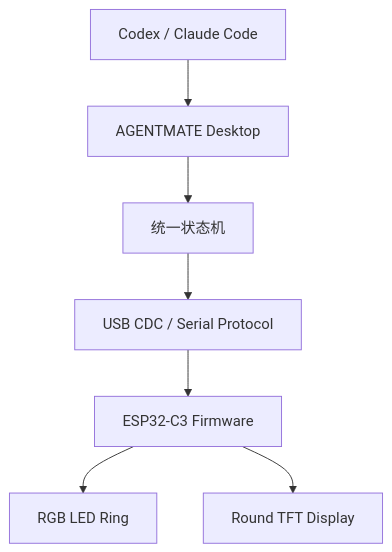
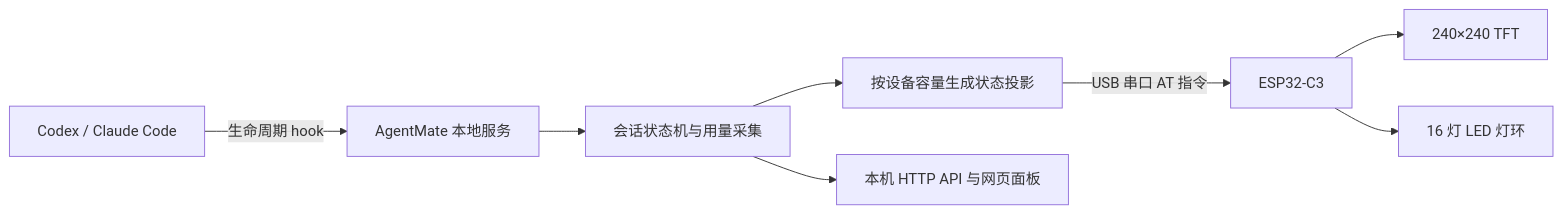
Before and after one commit to eehut/agentmate_esp32: the diagram in docs/agentmate_prd.md, drawn with Mermaid. The commit also changed other lines of this file and 18 other files, not shown here.

````diff
--- a/docs/agentmate_prd.md
+++ b/docs/agentmate_prd.md
@@ -146,9 +64,10 @@
 ```mermaid
-flowchart TD
-    A["Codex / Claude Code"] --> B["AGENTMATE Desktop"]
-    B --> C["统一状态机"]
-    C --> D["USB CDC / Serial Protocol"]
-    D --> E["ESP32-C3 Firmware"]
-    E --> F["RGB LED Ring"]
-    E --> G["Round TFT Display"]
+flowchart LR
+    A[Codex / Claude Code] -->|生命周期 hook| B[AgentMate 本地服务]
+    B --> C[会话状态机与用量采集]
+    C --> D[按设备容量生成状态投影]
+    D -->|USB 串口 AT 指令| E[ESP32-C3]
+    E --> F[240×240 TFT]
+    E --> G[16 灯 LED 灯环]
+    C --> H[本机 HTTP API 与网页面板]
 ```
````
